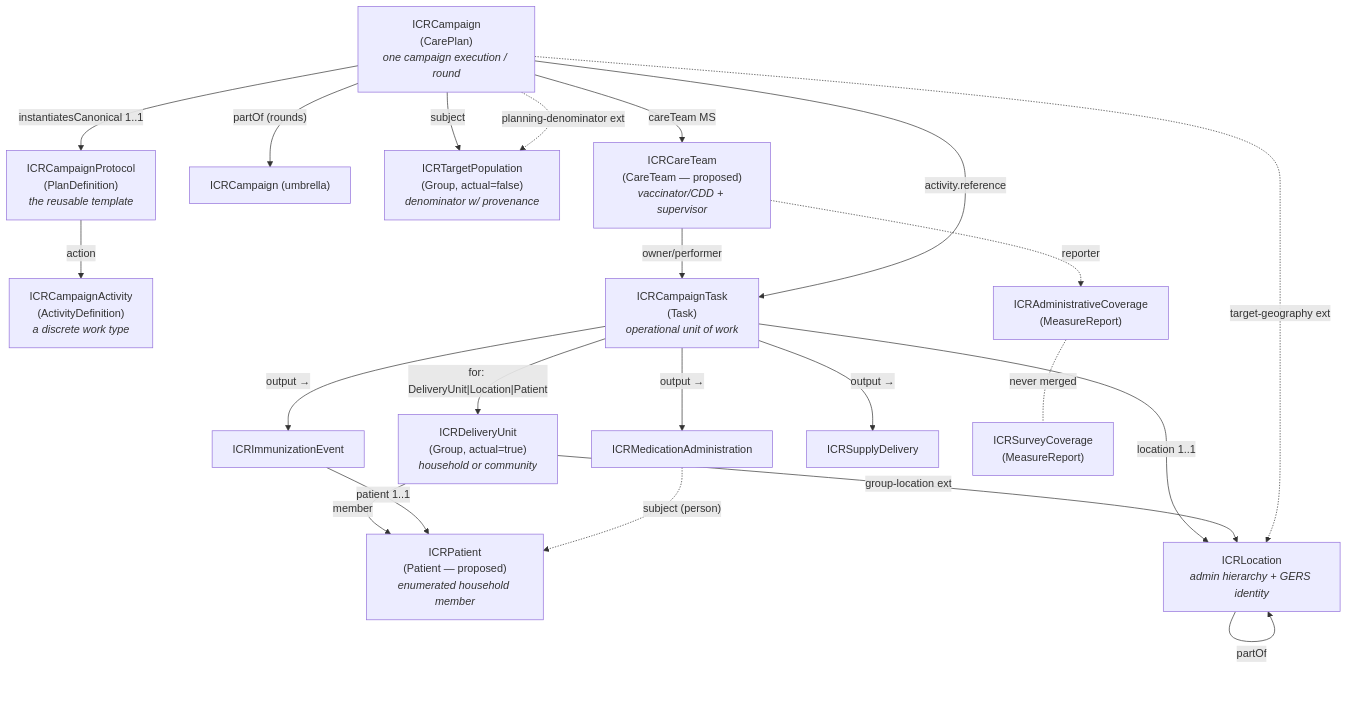
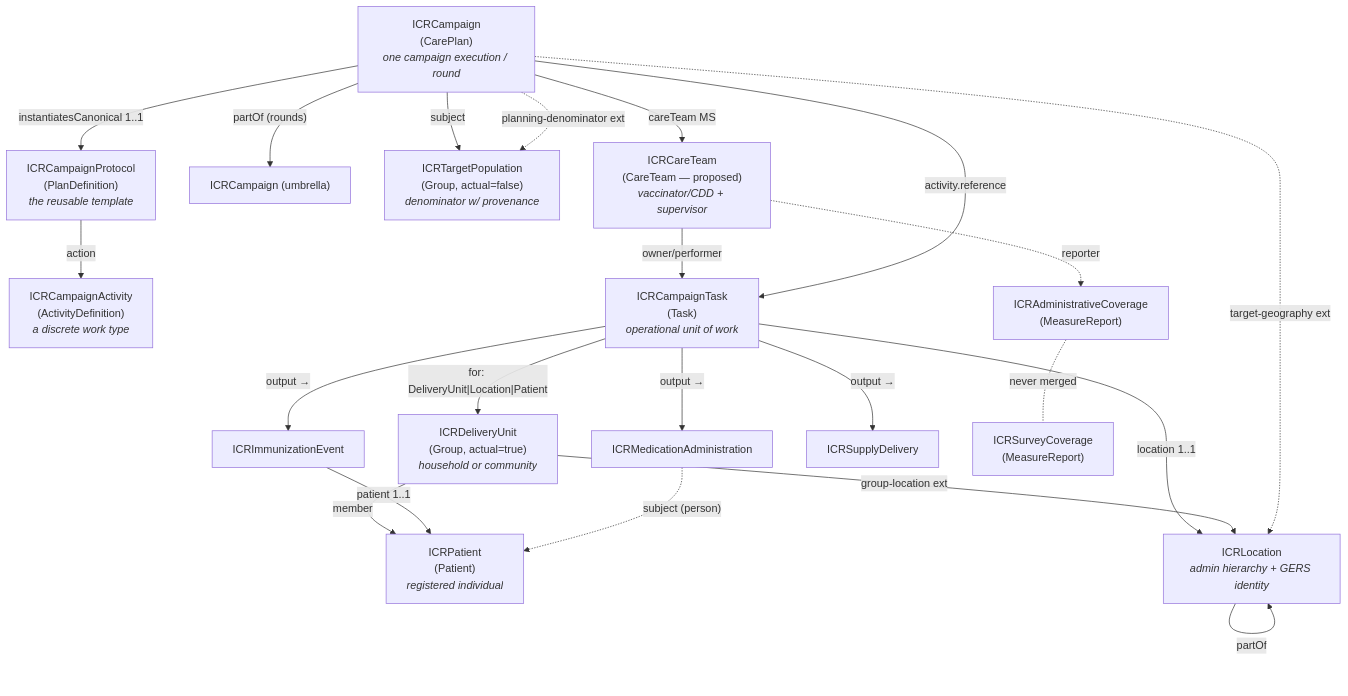
The first of 4 diagrams in project/ig-info.md (recodelabs/icr), drawn with Mermaid before and after one commit. The commit also changed other lines of this file, not shown here.

Commit message:
ig-info v0.16.0: ICRPatient now committed to the IG (sync doc to FSH)

````diff
--- a/project/ig-info.md
+++ b/project/ig-info.md
@@ -213,40 +215,40 @@
 ```mermaid
 graph TD
     PD["ICRCampaignProtocol<br/>(PlanDefinition)<br/><i>the reusable template</i>"]
     AD["ICRCampaignActivity<br/>(ActivityDefinition)<br/><i>a discrete work type</i>"]
     CP["ICRCampaign<br/>(CarePlan)<br/><i>one campaign execution / round</i>"]
     CPU["ICRCampaign (umbrella)"]
     T["ICRCampaignTask<br/>(Task)<br/><i>operational unit of work</i>"]
     TP["ICRTargetPopulation<br/>(Group, actual=false)<br/><i>denominator w/ provenance</i>"]
     HH["ICRDeliveryUnit<br/>(Group, actual=true)<br/><i>household or community</i>"]
-    PT["ICRPatient<br/>(Patient — proposed)<br/><i>enumerated household member</i>"]
+    PT["ICRPatient<br/>(Patient)<br/><i>registered individual</i>"]
     L["ICRLocation<br/><i>admin hierarchy + GERS identity</i>"]
     IMM["ICRImmunizationEvent"]
     MED["ICRMedicationAdministration"]
     SUP["ICRSupplyDelivery"]
     AC["ICRAdministrativeCoverage<br/>(MeasureReport)"]
     SC["ICRSurveyCoverage<br/>(MeasureReport)"]
     CT["ICRCareTeam<br/>(CareTeam — proposed)<br/><i>vaccinator/CDD + supervisor</i>"]
 
     PD -- "action" --> AD
     CP -- "instantiatesCanonical 1..1" --> PD
     CP -- "partOf (rounds)" --> CPU
     CP -- "subject" --> TP
     CP -- "careTeam MS" --> CT
     CT -- "owner/performer" --> T
     CT -. "reporter" .-> AC
     CP -- "activity.reference" --> T
     T -- "for: DeliveryUnit|Location|Patient" --> HH
     T -- "location 1..1" --> L
     T -- "output →" --> IMM
     T -- "output →" --> MED
     T -- "output →" --> SUP
     HH -- "member" --> PT
     IMM -- "patient 1..1" --> PT
     MED -. "subject (person)" .-> PT
     HH -- "group-location ext" --> L
     L -- "partOf" --> L
     CP -. "planning-denominator ext" .-> TP
     CP -. "target-geography ext" .-> L
     AC -. "never merged" .- SC
 ```
````
